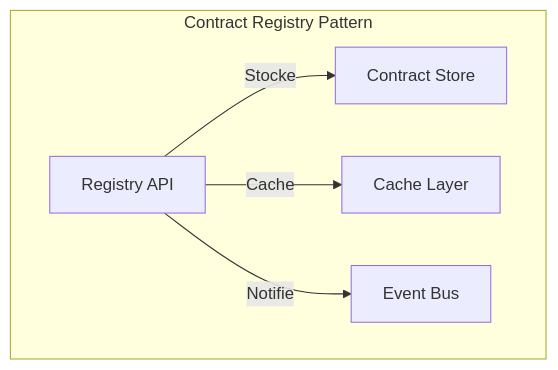
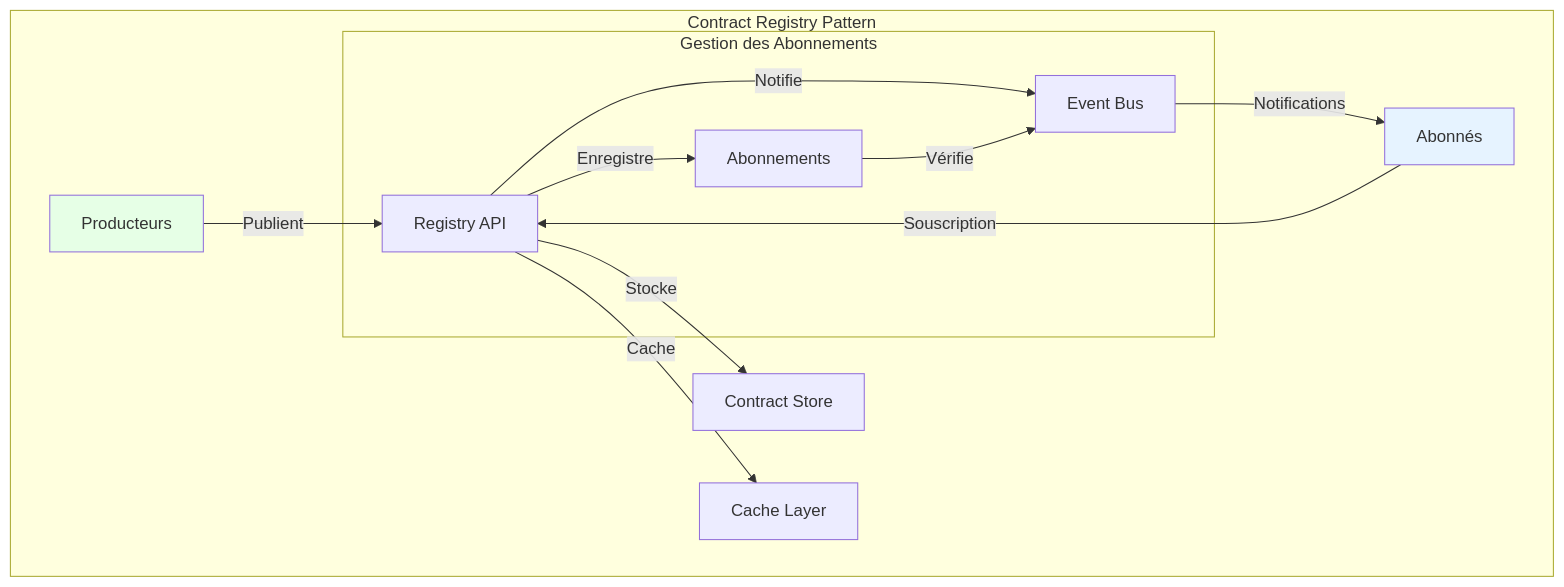
Before and after one commit to monmaya/pyb-data-contracts: the first of 4 diagrams in docs/fr/articles/04-patterns-architecture.md, drawn with Mermaid. The commit also changed other lines of this file and 15 other files, not shown here.

````diff
--- a/docs/fr/articles/04-patterns-architecture.md
+++ b/docs/fr/articles/04-patterns-architecture.md
@@ -9,8 +11,20 @@
 ```mermaid
 graph TD
     subgraph "Contract Registry Pattern"
-        A[Registry API] -->|Stocke| B[Contract Store]
+        P[Producteurs] -->|Publient| A[Registry API]
+        A -->|Stocke| B[Contract Store]
         A -->|Cache| C[Cache Layer]
         A -->|Notifie| D[Event Bus]
+        D -->|Notifications| S[Abonnés]
+        S -->|Souscription| A
+        subgraph "Gestion des Abonnements"
+            A -->|Enregistre| AB[Abonnements]
+            AB -->|Vérifie| D
+        end
     end
+
+    classDef producer fill:#e6ffe6;
+    classDef consumer fill:#e6f3ff;
+    class P producer;
+    class S consumer;
 ```
````
